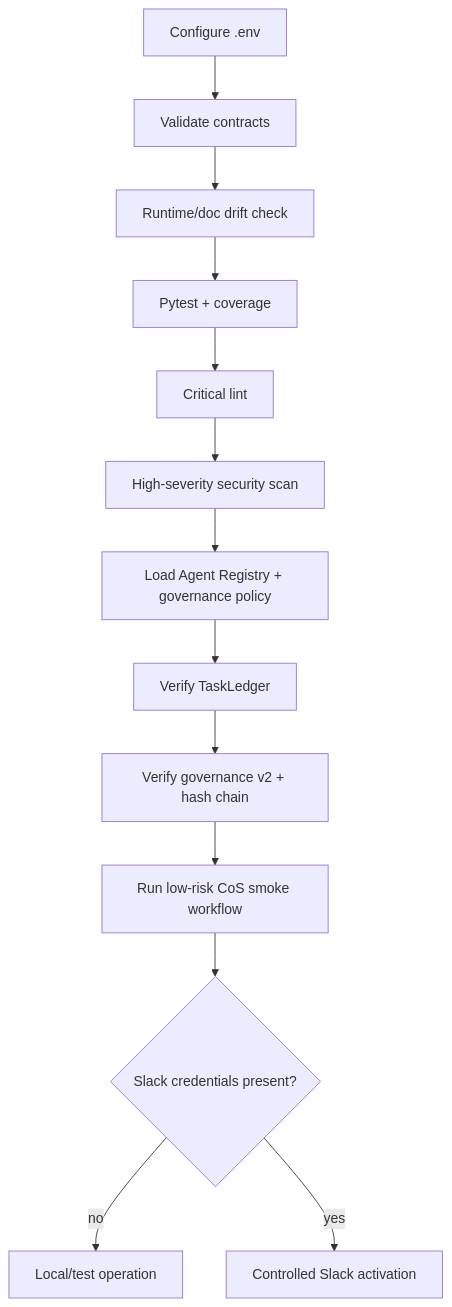
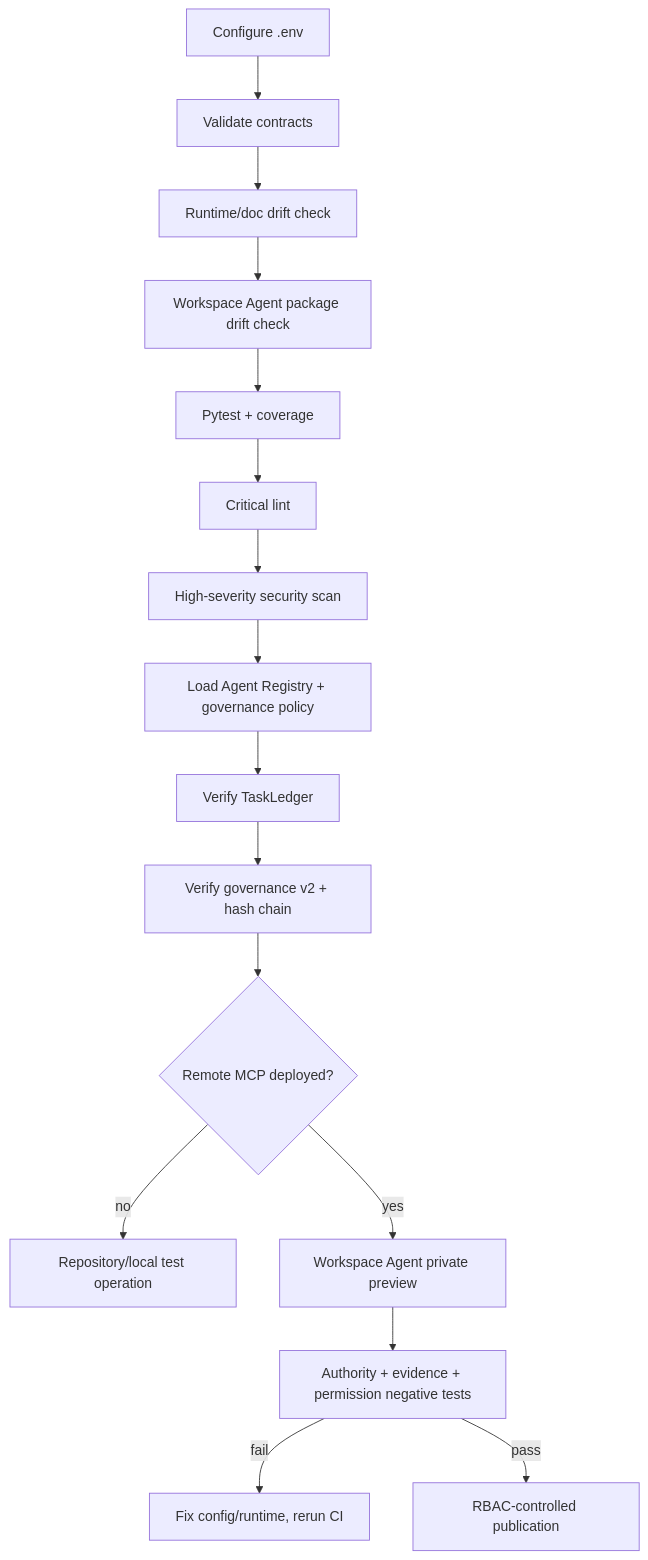
One commit to mkleinbe/mesh-ai-agent-cos-universe changed the first of 2 diagrams in docs/runbook.md. Above: the diagram before and after it, drawn with Mermaid. The commit also changed other lines of this file, not shown here.

Commit message:
docs: add Workspace Agent deployment runbook

````diff
--- a/docs/runbook.md
+++ b/docs/runbook.md
@@ -5,15 +5,18 @@
 ```mermaid
 flowchart TB
     CFG[Configure .env] --> CONTRACTS[Validate contracts]
     CONTRACTS --> DRIFT[Runtime/doc drift check]
-    DRIFT --> TEST[Pytest + coverage]
+    DRIFT --> WAP[Workspace Agent package drift check]
+    WAP --> TEST[Pytest + coverage]
     TEST --> LINT[Critical lint]
     LINT --> SEC[High-severity security scan]
     SEC --> REG[Load Agent Registry + governance policy]
     REG --> LEDGER[Verify TaskLedger]
     LEDGER --> GOV[Verify governance v2 + hash chain]
-    GOV --> SMOKE[Run low-risk CoS smoke workflow]
-    SMOKE --> SLACK{Slack credentials present?}
-    SLACK -->|no| LOCAL[Local/test operation]
-    SLACK -->|yes| LIVE[Controlled Slack activation]
+    GOV --> MCP{Remote MCP deployed?}
+    MCP -->|no| LOCAL[Repository/local test operation]
+    MCP -->|yes| PREVIEW[Workspace Agent private preview]
+    PREVIEW --> NEG[Authority + evidence + permission negative tests]
+    NEG -->|fail| FIX[Fix config/runtime, rerun CI]
+    NEG -->|pass| PUBLISH[RBAC-controlled publication]
 ```
````
